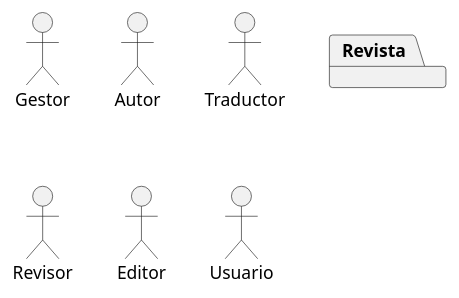
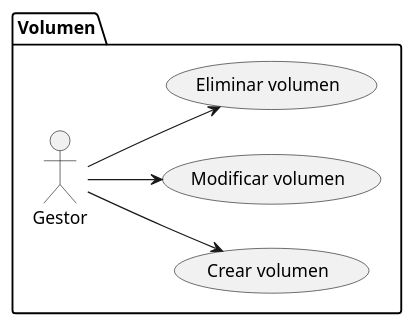
Before and after one commit to mmasias/IdSw1-22-23: the diagram in 000-entregas/Grupo4/ProyectoEditorial/CasosDeUso/EncontrarCasosDeUso/volumen.puml, drawn with PlantUML. The commit also changed 10 other files, not shown here.

Commit message:
Creados Diagramas de Casos de Uso y De Contexto

```diff
--- a/000-entregas/Grupo4/ProyectoEditorial/CasosDeUso/EncontrarCasosDeUso/volumen.puml
+++ b/000-entregas/Grupo4/ProyectoEditorial/CasosDeUso/EncontrarCasosDeUso/volumen.puml
@@ -1,14 +1,16 @@
 @startuml Casos de uso Volúmen
 
-actor Gestor
-actor Autor
-actor Traductor
-actor Revisor
-actor Editor
-actor Usuario
+left to right direction
+package Volumen{
+    actor Gestor as gs
 
-package Revista {
-
+    usecase "Crear volumen" as create
+    usecase "Modificar volumen" as update
+    usecase "Eliminar volumen" as delete
 }
 
+gs --> create
+gs --> update
+gs --> delete
+
 @enduml
```
